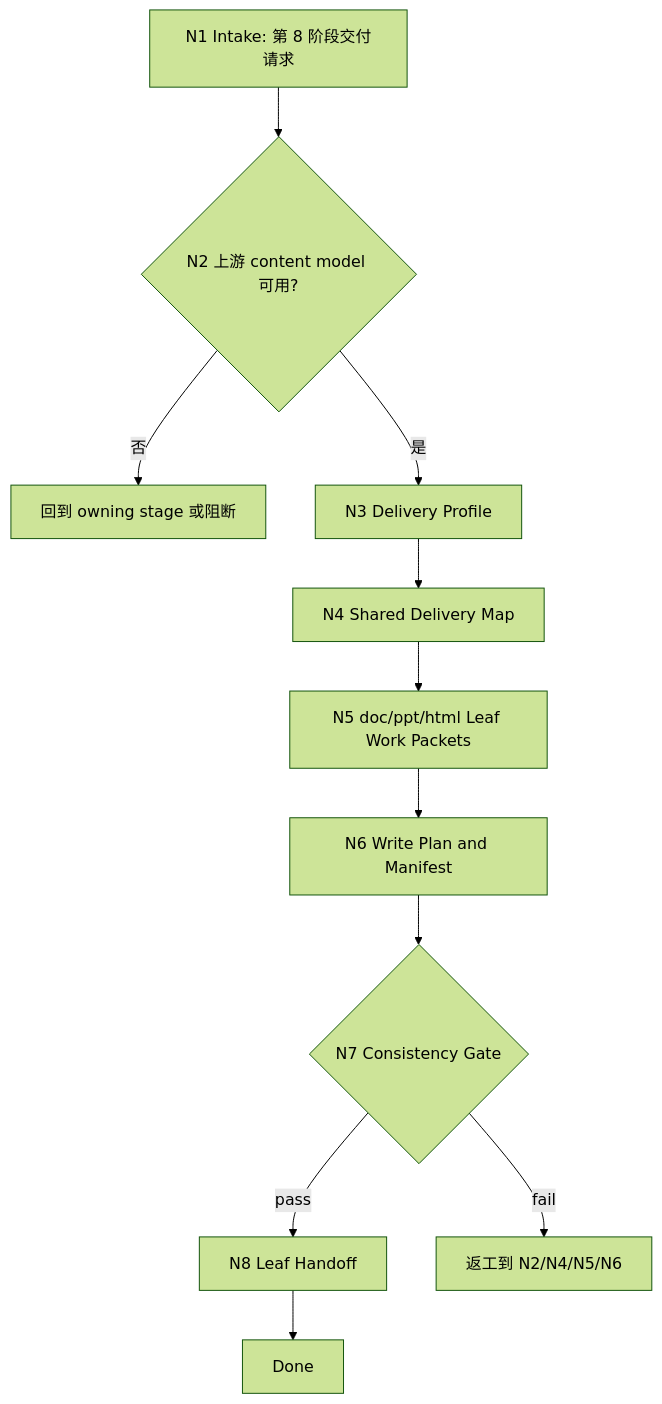
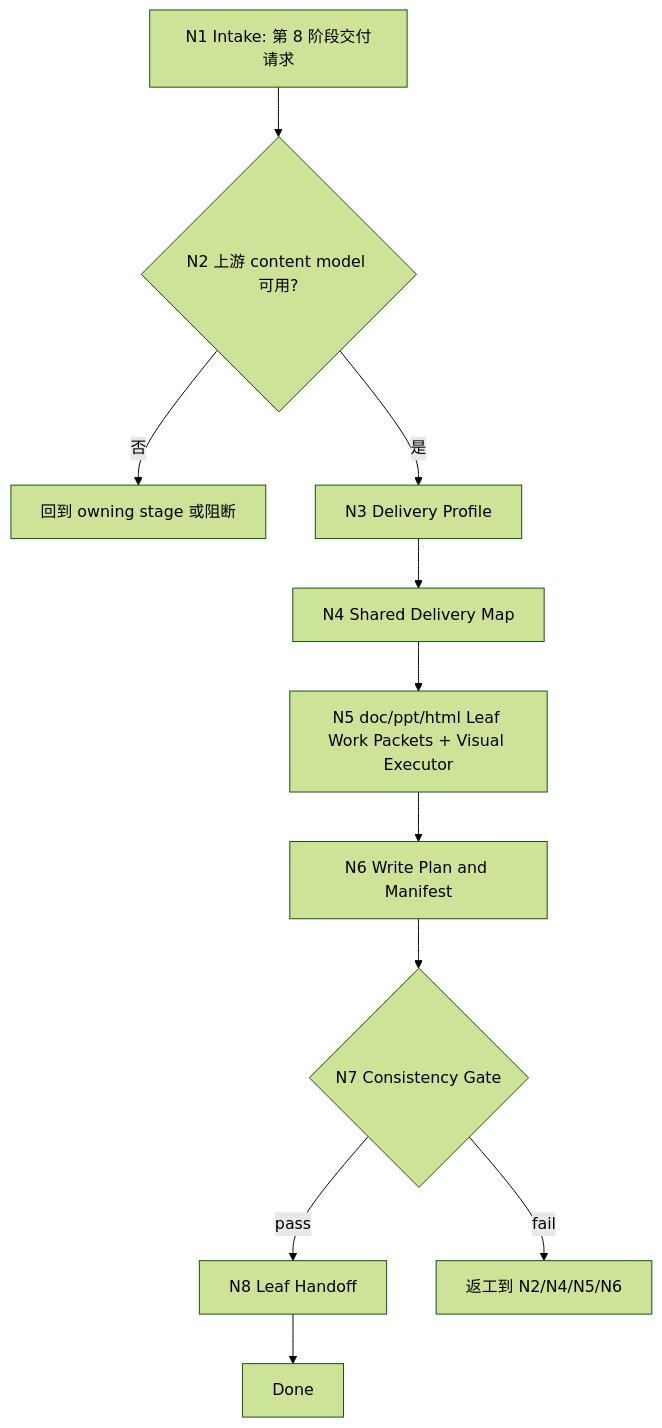
One commit to ZEN-VOID/AI-CUT changed the diagram in .agents/skills/lesson/8-多端交付生成/SKILL.md. Above: the diagram before and after it, drawn with Mermaid (forest theme). The commit also changed other lines of this file and 182 other files, not shown here.

````diff
--- a/.agents/skills/lesson/8-多端交付生成/SKILL.md
+++ b/.agents/skills/lesson/8-多端交付生成/SKILL.md
@@ -166,13 +187,13 @@
 ```mermaid
 flowchart TD
     A["N1 Intake: 第 8 阶段交付请求"] --> B{"N2 上游 content model 可用?"}
     B -->|"否"| X["回到 owning stage 或阻断"]
     B -->|"是"| C["N3 Delivery Profile"]
     C --> D["N4 Shared Delivery Map"]
-    D --> E["N5 doc/ppt/html Leaf Work Packets"]
+    D --> E["N5 doc/ppt/html Leaf Work Packets + Visual Executor"]
     E --> F["N6 Write Plan and Manifest"]
     F --> G{"N7 Consistency Gate"}
     G -->|"pass"| H["N8 Leaf Handoff"]
     G -->|"fail"| R["返工到 N2/N4/N5/N6"]
     H --> I["Done"]
 ```
````
